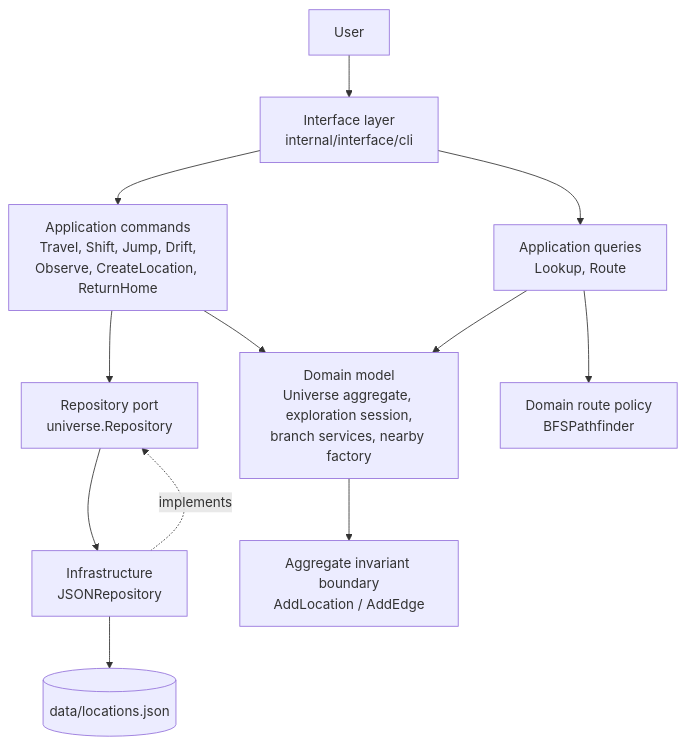
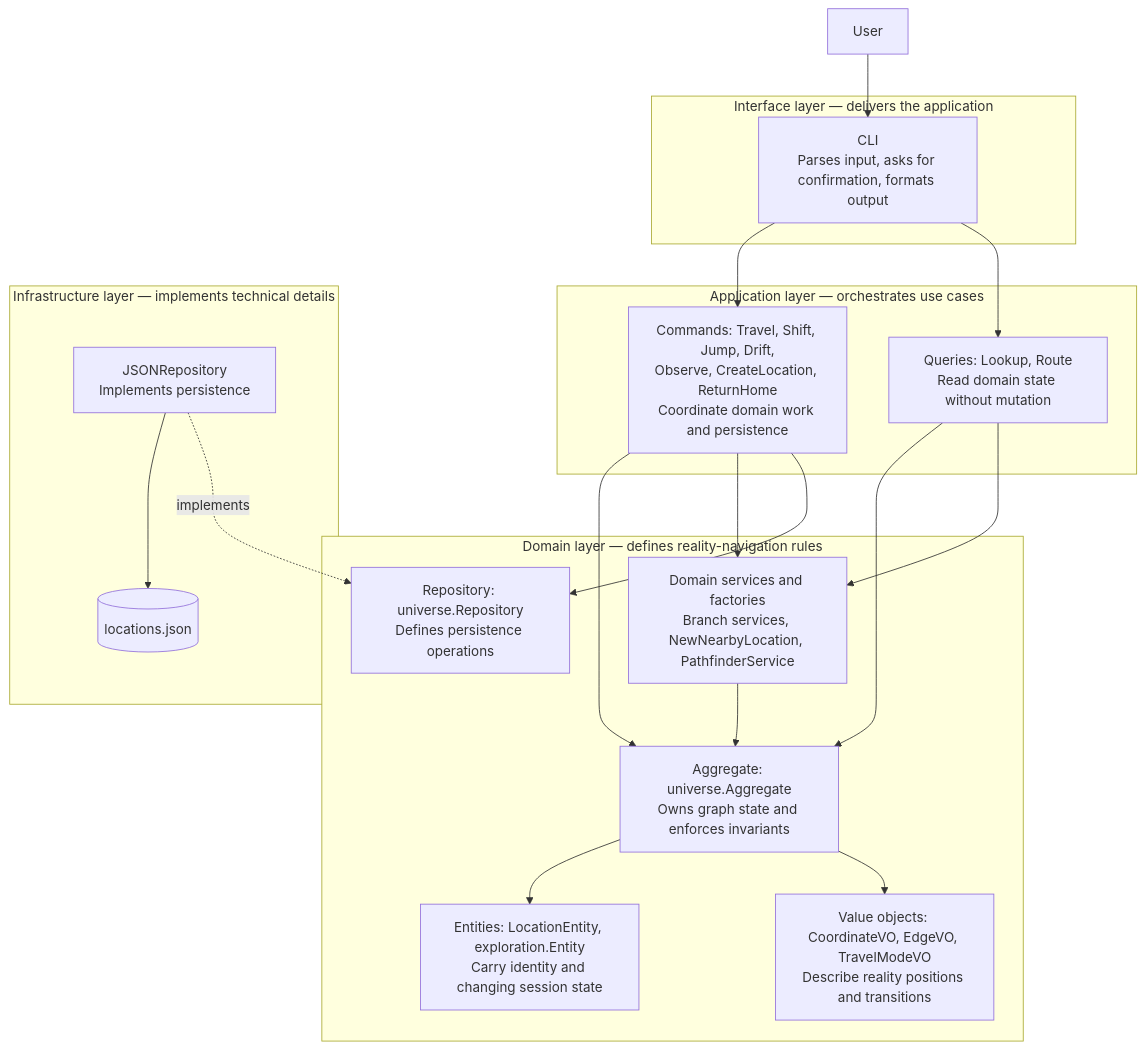
Before and after one commit to petherin/onto: the diagram in docs/DDD.md, drawn with Mermaid. The commit also changed other lines of this file, not shown here.

Commit message:
Clarify DDD layer responsibilities
Revise the application-structure diagram to identify aggregate, entity, value-object, domain-service, repository, application, interface, and infrastructure responsibilities using DDD terminology.

````diff
--- a/docs/DDD.md
+++ b/docs/DDD.md
@@ -31,17 +31,38 @@
 ```mermaid
 flowchart TB
-    User[User] --> CLI[Interface layer<br/>internal/interface/cli]
-    CLI --> Commands[Application commands<br/>Travel, Shift, Jump, Drift,<br/>Observe, CreateLocation, ReturnHome]
-    CLI --> Queries[Application queries<br/>Lookup, Route]
+    subgraph Domain["Domain layer — defines reality-navigation rules"]
+        Aggregate["Aggregate: universe.Aggregate<br/>Owns graph state and enforces invariants"]
+        Entities["Entities: LocationEntity, exploration.Entity<br/>Carry identity and changing session state"]
+        Values["Value objects: CoordinateVO, EdgeVO, TravelModeVO<br/>Describe reality positions and transitions"]
+        Services["Domain services and factories<br/>Branch services, NewNearbyLocation, PathfinderService"]
+        Repository["Repository: universe.Repository<br/>Defines persistence operations"]
+        Aggregate --> Entities
+        Aggregate --> Values
+        Services --> Aggregate
+    end
 
-    Commands --> Domain[Domain model<br/>Universe aggregate, exploration session,<br/>branch services, nearby factory]
-    Queries --> Domain
-    Commands --> RepositoryPort[Repository port<br/>universe.Repository]
-    Queries --> Pathfinder[Domain route policy<br/>BFSPathfinder]
+    subgraph Application["Application layer — orchestrates use cases"]
+        Commands["Commands: Travel, Shift, Jump, Drift,<br/>Observe, CreateLocation, ReturnHome<br/>Coordinate domain work and persistence"]
+        Queries["Queries: Lookup, Route<br/>Read domain state without mutation"]
+    end
 
-    JSON[Infrastructure<br/>JSONRepository] -. implements .-> RepositoryPort
-    RepositoryPort --> JSON
-    JSON --> Data[(data/locations.json)]
+    subgraph Interface["Interface layer — delivers the application"]
+        CLI["CLI<br/>Parses input, asks for confirmation, formats output"]
+    end
 
-    Domain --> Aggregate[Aggregate invariant boundary<br/>AddLocation / AddEdge]
+    subgraph Infrastructure["Infrastructure layer — implements technical details"]
+        JSON["JSONRepository<br/>Implements persistence"]
+        Data[(locations.json)]
+        JSON --> Data
+    end
+
+    User[User] --> CLI
+    CLI --> Commands
+    CLI --> Queries
+    Commands --> Aggregate
+    Commands --> Services
+    Commands --> Repository
+    Queries --> Aggregate
+    Queries --> Services
+    JSON -. implements .-> Repository
 ```
````
